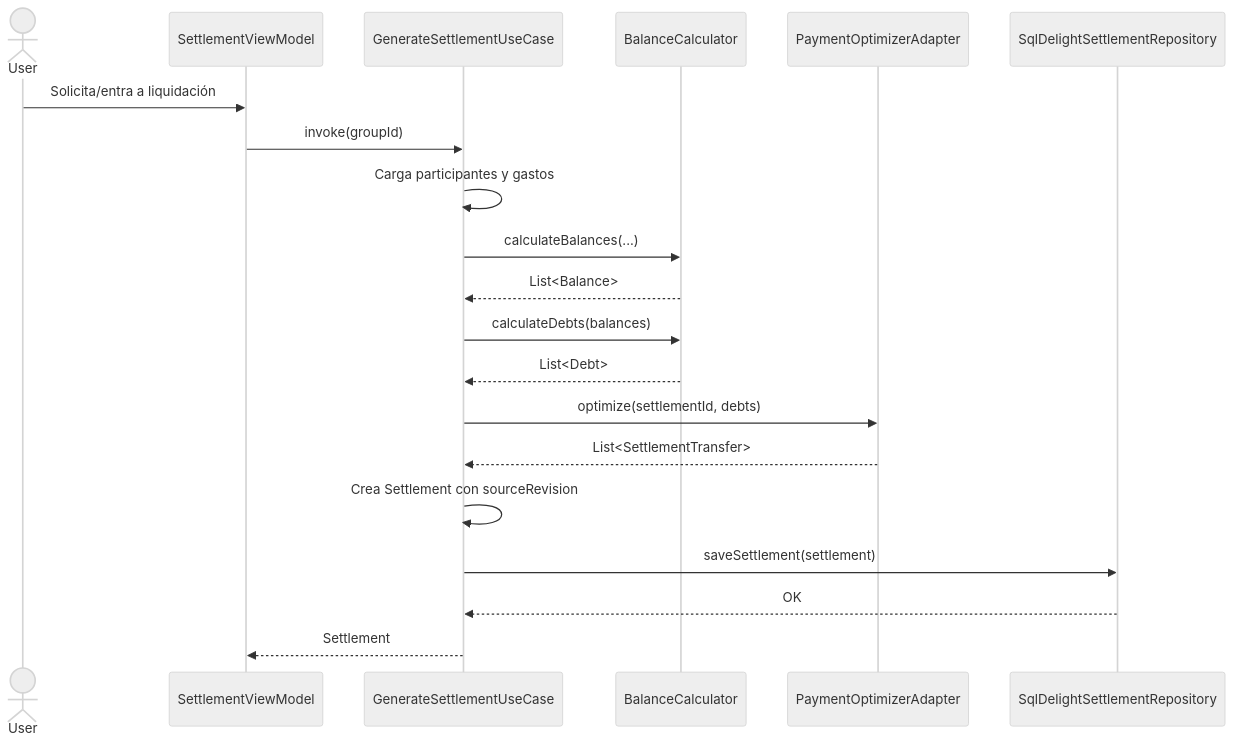
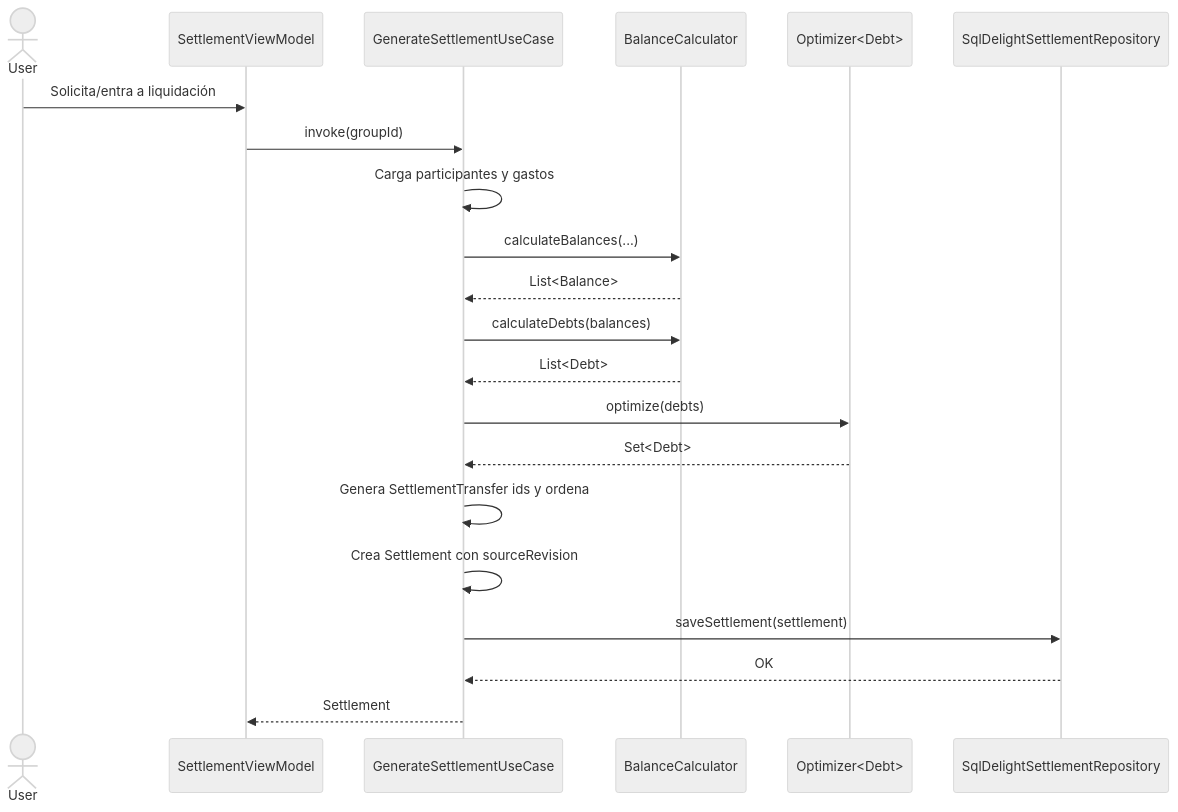
One commit to bcalo93/splitit changed the seventh of 9 diagrams in docs/ARCHITECTURE.md. Above: the diagram before and after it, drawn with Mermaid (neutral theme). The commit also changed other lines of this file and 31 other files, not shown here.

````diff
--- a/docs/ARCHITECTURE.md
+++ b/docs/ARCHITECTURE.md
@@ -394,23 +392,24 @@
 ```mermaid
 sequenceDiagram
     actor User
     participant VM as SettlementViewModel
     participant UC as GenerateSettlementUseCase
     participant Calc as BalanceCalculator
-    participant Optimizer as PaymentOptimizerAdapter
+    participant Optimizer as Optimizer<Debt>
     participant Repo as SqlDelightSettlementRepository
 
     User->>VM: Solicita/entra a liquidación
     VM->>UC: invoke(groupId)
     UC->>UC: Carga participantes y gastos
     UC->>Calc: calculateBalances(...)
     Calc-->>UC: List<Balance>
     UC->>Calc: calculateDebts(balances)
     Calc-->>UC: List<Debt>
-    UC->>Optimizer: optimize(settlementId, debts)
-    Optimizer-->>UC: List<SettlementTransfer>
+    UC->>Optimizer: optimize(debts)
+    Optimizer-->>UC: Set<Debt>
+    UC->>UC: Genera SettlementTransfer ids y ordena
     UC->>UC: Crea Settlement con sourceRevision
     UC->>Repo: saveSettlement(settlement)
     Repo-->>UC: OK
     UC-->>VM: Settlement
 ```
````
